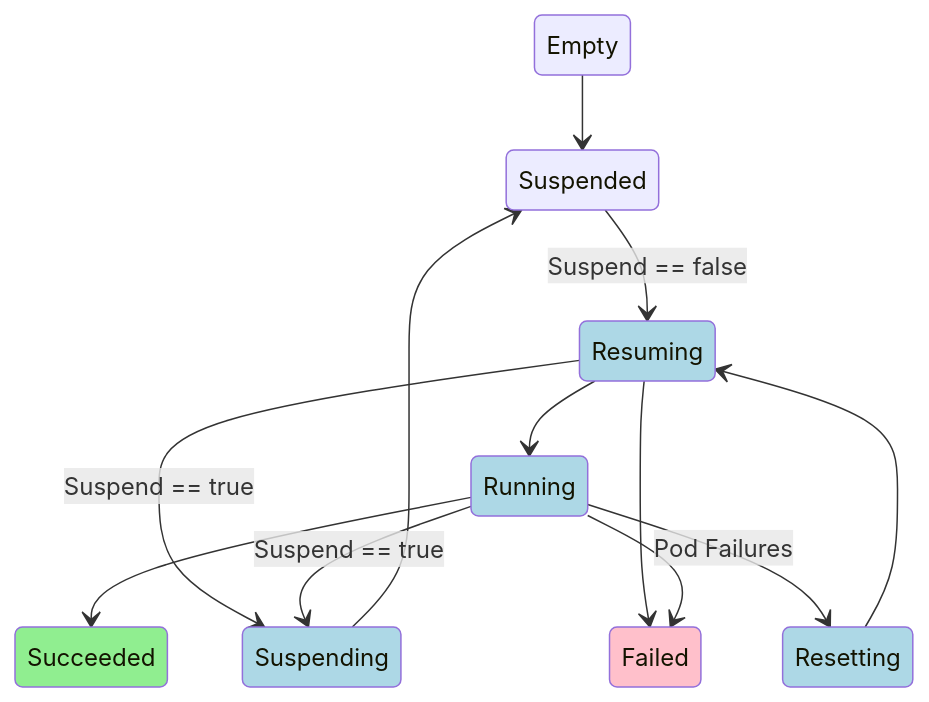
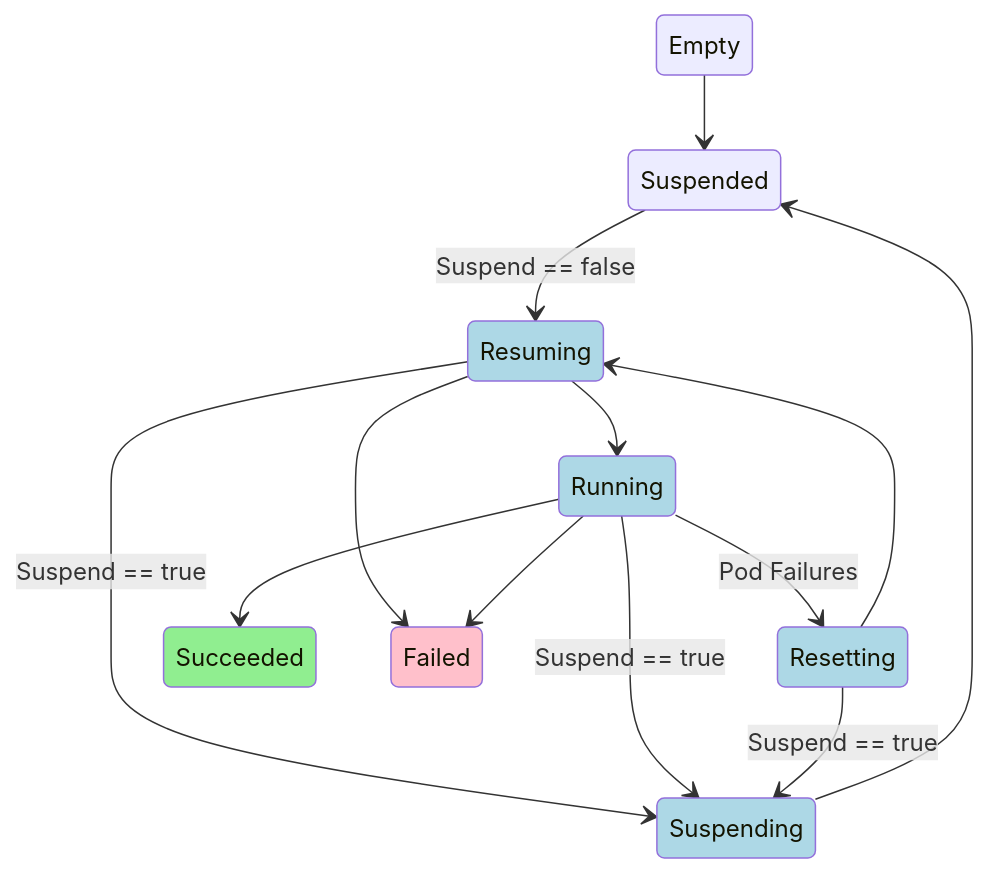
One commit to project-codeflare/appwrapper changed the diagram in docs/state-diagram.md. Above: the diagram before and after it, drawn with Mermaid. The commit also changed 1 other file, not shown here.

Commit message:
tweak comments

````diff
--- a/docs/state-diagram.md
+++ b/docs/state-diagram.md
@@ -19,41 +19,42 @@
 ```mermaid
 stateDiagram-v2
     e : Empty
 
     sd : Suspended
     rs : Resuming
     rn : Running
     rt : Resetting
     sg : Suspending
     s  : Succeeded
     f  : Failed
 
     %% Happy Path
     e --> sd
     sd --> rs : Suspend == false
     rs --> rn
     rn --> s
 
     %% Requeuing
     rs --> sg : Suspend == true
     rn --> sg : Suspend == true
+    rt --> sg : Suspend == true
     sg --> sd
 
     %% Failures
     rs --> f
     rn --> f
     rn --> rt : Pod Failures
     rt --> rs
 
     classDef quota fill:lightblue
     class rs quota
     class rn quota
     class rt quota
     class sg quota
 
     classDef failed fill:pink
     class f failed
 
     classDef succeeded fill:lightgreen
     class s succeeded
 ```
````
